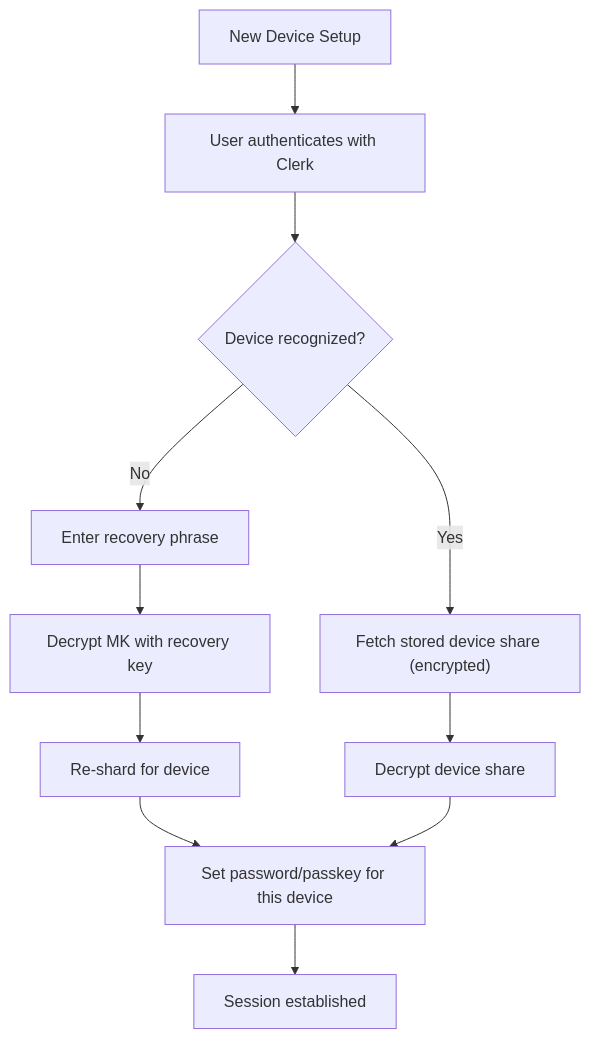
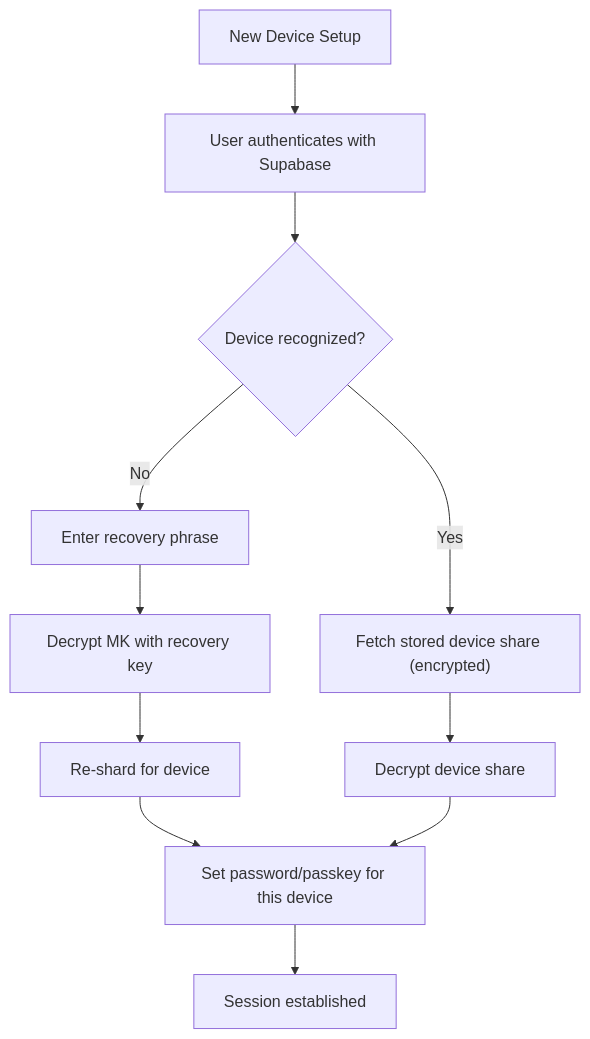
Before and after one commit to onera-app/onera: the second of 4 diagrams in apps/docs/content/docs/whitepaper/multi-device.mdx, drawn with Mermaid. The commit also changed other lines of this file and 12 other files, not shown here.

First line of the commit message:
chore: update documentation to reflect Supabase integration and remove Clerk references

````diff
--- a/apps/docs/content/docs/whitepaper/multi-device.mdx
+++ b/apps/docs/content/docs/whitepaper/multi-device.mdx
@@ -55,22 +55,22 @@
 ```mermaid
 flowchart TB
     Start["New Device Setup"]
-    Auth["User authenticates with Clerk"]
+    Auth["User authenticates with Supabase"]
     Check{"Device recognized?"}
     
     Recovery["Enter recovery phrase"]
     Fetch["Fetch stored device share (encrypted)"]
     
     DecryptMK["Decrypt MK with recovery key"]
     DecryptShare["Decrypt device share"]
     
     Reshard["Re-shard for device"]
     
     SetPW["Set password/passkey for this device"]
     Done["Session established"]
     
     Start --> Auth --> Check
     Check -->|No| Recovery --> DecryptMK --> Reshard --> SetPW
     Check -->|Yes| Fetch --> DecryptShare --> SetPW
     SetPW --> Done
 ```
````
